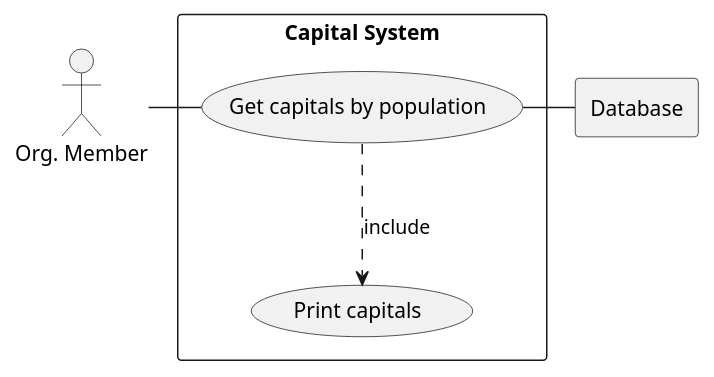
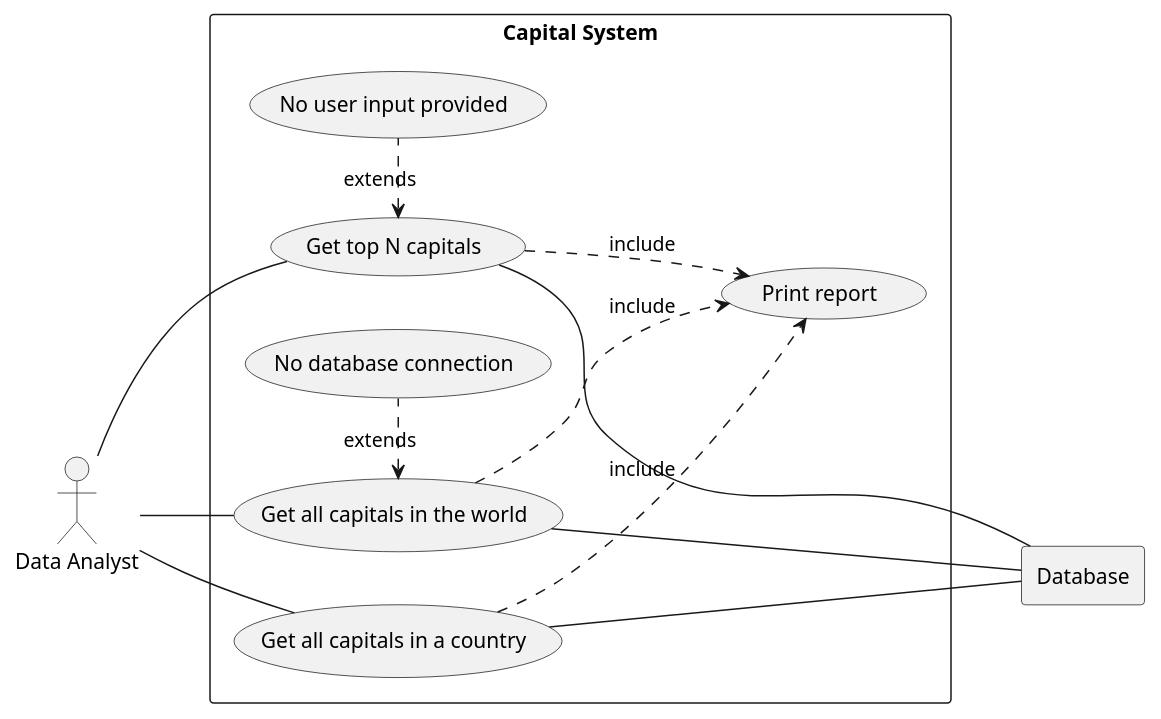
Before and after one commit to NikitaEdin/SET08103_2024-5: the diagram in DOCS/UseCase/Diagrams/Capital System.puml, drawn with PlantUML. The commit also changed 15 other files, not shown here.

Commit message:
Use cases and use case diagrams finished

```diff
--- a/DOCS/UseCase/Diagrams/Capital System.puml
+++ b/DOCS/UseCase/Diagrams/Capital System.puml
@@ -1,17 +1,35 @@
-@startuml
+    @startuml
+    left to right direction
 
-actor mem as "Org. Member"
+    actor mem as "Data Analyst"
 
-rectangle Database
+    rectangle Database
 
-rectangle "Capital System" {
-    usecase UC1 as "Get capitals by population"
+    rectangle "Capital System" {
 
-    usecase UCa as "Print capitals"
+        usecase UC1 as "Get all capitals in the world"
+        usecase UC2 as "Get top N capitals"
+        usecase UC3 as "Get all capitals in a country"
+        usecase UC4 as "Print report"
 
-    mem - UC1
-    UC1 ..> UCa : include
-    UC1 - Database
-}
+        usecase UCa as "No user input provided"
+        usecase UCb as "No database connection"
 
-@enduml
+        mem -- UC1
+        mem -- UC2
+        mem -- UC3
+
+        UC1 --- Database
+        UC2 --- Database
+        UC3 --- Database
+
+        UC1 ..> UC4 : include
+        UC2 ..> UC4 : include
+        UC3 ..> UC4 : include
+
+        UC2 <. UCa : extends
+        UC1 <. UCb : extends
+
+    }
+
+    @enduml
```
